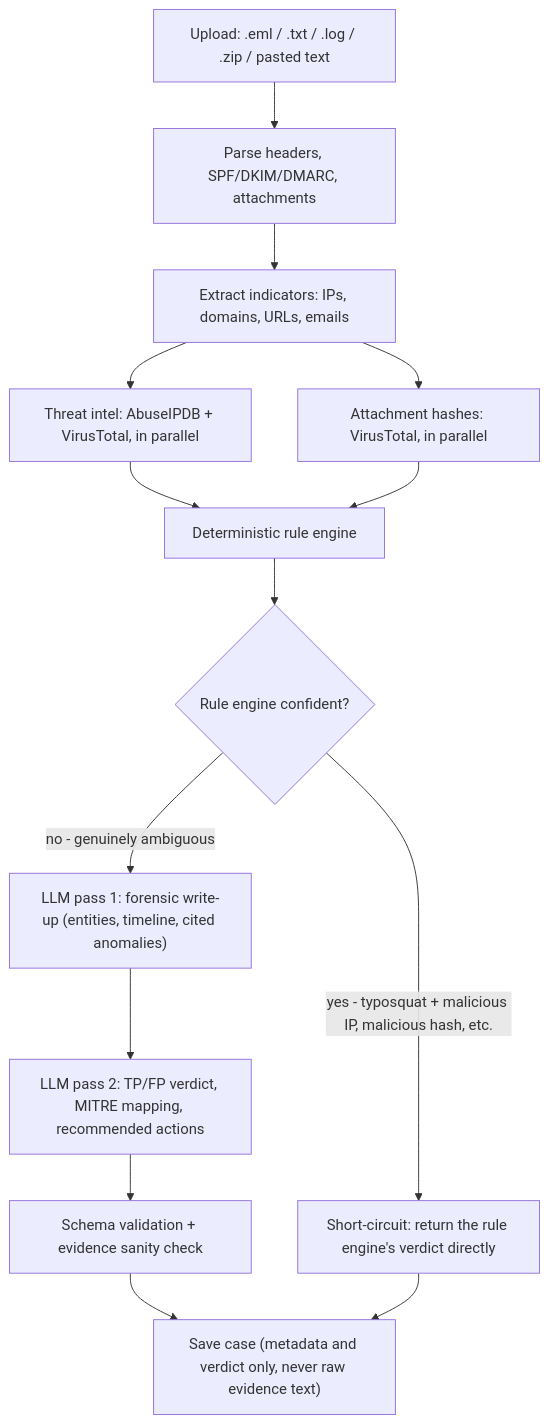
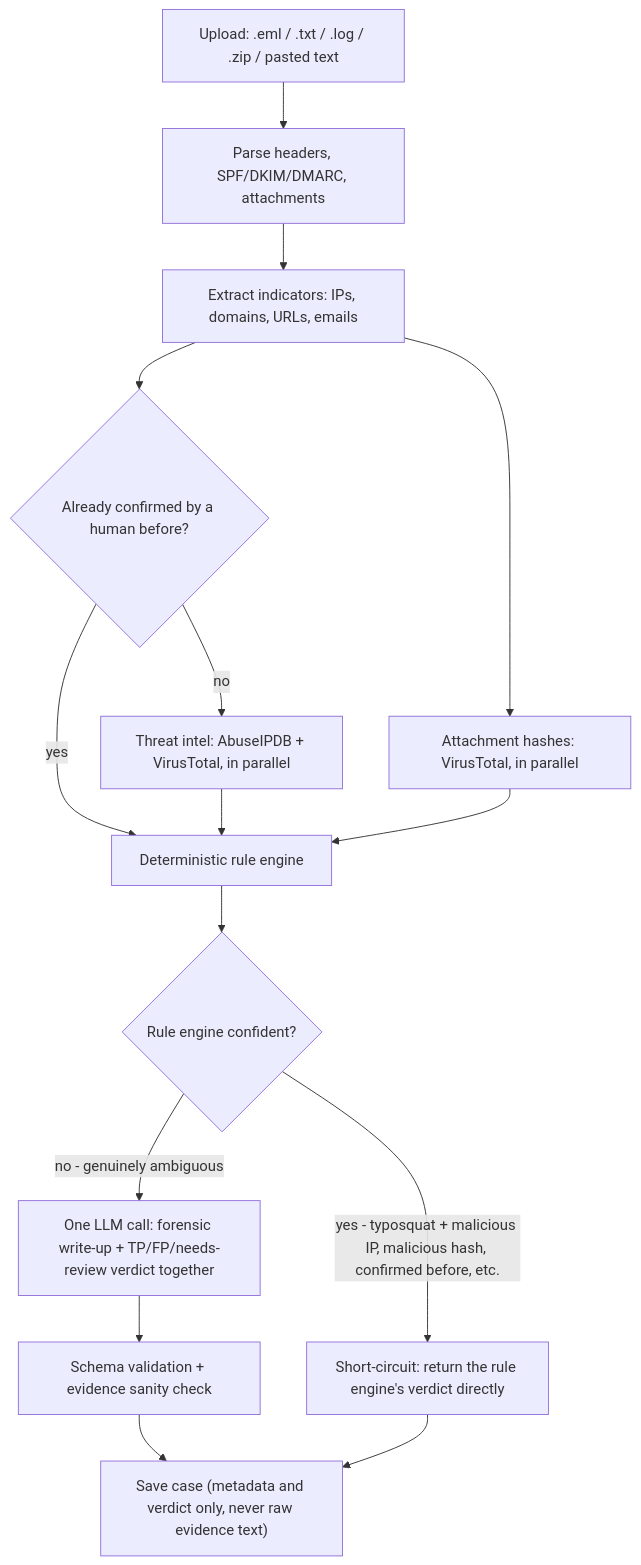
Before and after one commit to ZER0HS/zer0hs-ai-forensic: the diagram in README.md, drawn with Mermaid. The commit also changed other lines of this file and 11 other files, not shown here.

````diff
--- a/README.md
+++ b/README.md
@@ -32,16 +35,17 @@
 ```mermaid
 flowchart TD
     A["Upload: .eml / .txt / .log / .zip / pasted text"] --> B["Parse headers, SPF/DKIM/DMARC, attachments"]
     B --> C["Extract indicators: IPs, domains, URLs, emails"]
-    C --> D["Threat intel: AbuseIPDB + VirusTotal, in parallel"]
+    C --> Z{"Already confirmed by a human before?"}
+    Z -->|"yes"| F
+    Z -->|"no"| D["Threat intel: AbuseIPDB + VirusTotal, in parallel"]
     C --> E["Attachment hashes: VirusTotal, in parallel"]
     D --> F["Deterministic rule engine"]
     E --> F
     F --> G{"Rule engine confident?"}
-    G -->|"yes - typosquat + malicious IP, malicious hash, etc."| H["Short-circuit: return the rule engine's verdict directly"]
-    G -->|"no - genuinely ambiguous"| I["LLM pass 1: forensic write-up (entities, timeline, cited anomalies)"]
-    I --> J["LLM pass 2: TP/FP verdict, MITRE mapping, recommended actions"]
-    J --> K["Schema validation + evidence sanity check"]
+    G -->|"yes - typosquat + malicious IP, malicious hash, confirmed before, etc."| H["Short-circuit: return the rule engine's verdict directly"]
+    G -->|"no - genuinely ambiguous"| I["One LLM call: forensic write-up + TP/FP/needs-review verdict together"]
+    I --> K["Schema validation + evidence sanity check"]
     K --> L["Save case (metadata and verdict only, never raw evidence text)"]
     H --> L
 ```
````
